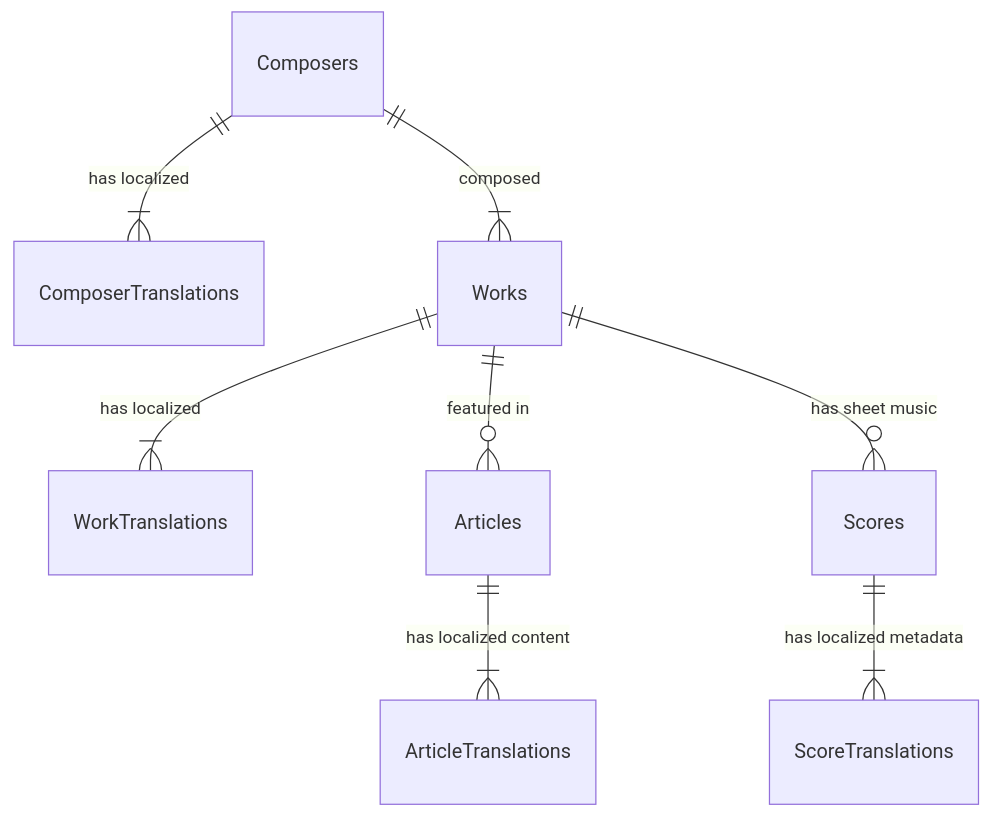
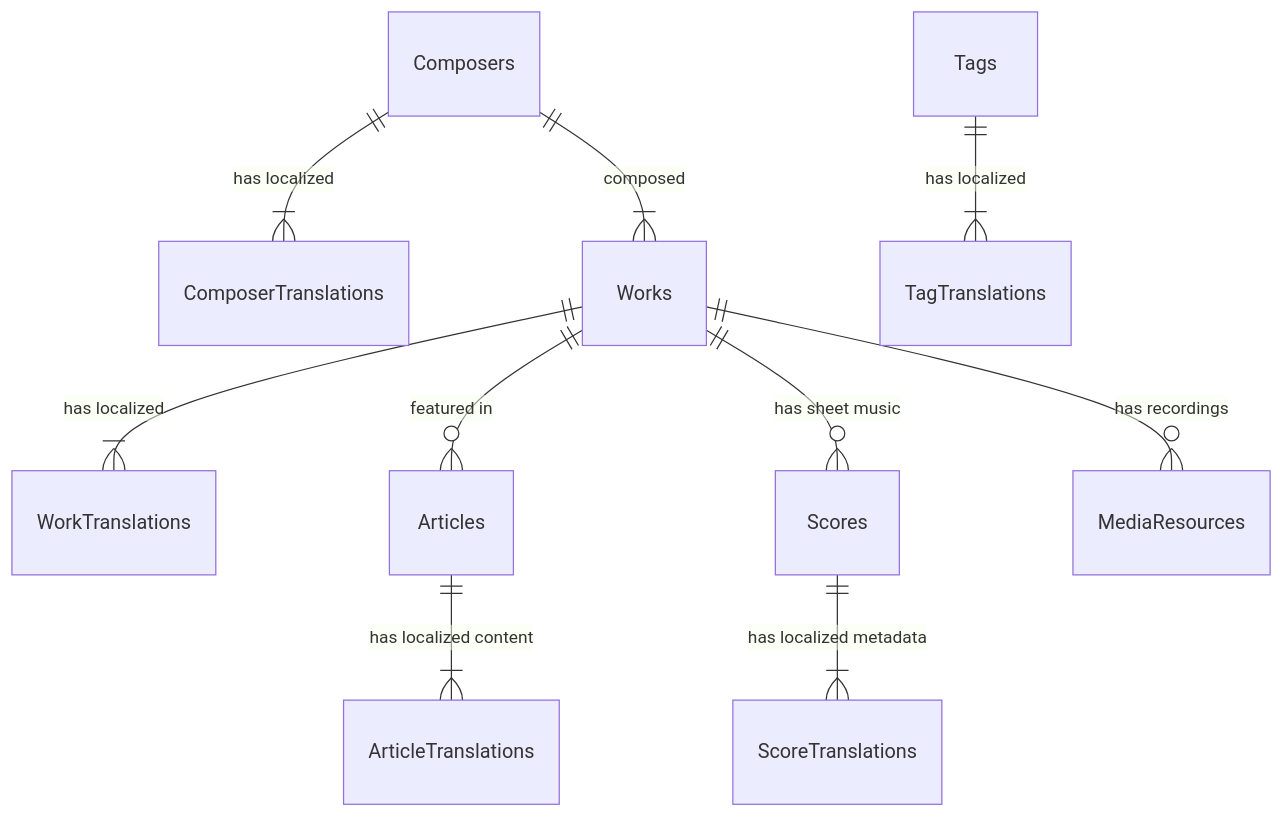
One commit to preludio-lab/preludio-lab changed the diagram in docs/05_design/database-schema.md. Above: the diagram before and after it, drawn with Mermaid.

Commit message:
docs: ER図にMediaResourcesとTagsを追加

````diff
--- a/docs/05_design/database-schema.md
+++ b/docs/05_design/database-schema.md
@@ -27,15 +27,19 @@
 ```mermaid
 erDiagram
     %% Masters (Reference)
     Composers ||--|{ ComposerTranslations : "has localized"
     Composers ||--|{ Works : "composed"
     Works ||--|{ WorkTranslations : "has localized"
     
     %% Application Core (Zero-JOIN)
     Works ||--o{ Articles : "featured in"
     Articles ||--|{ ArticleTranslations : "has localized content"
     
     %% Shared Assets
     Works ||--o{ Scores : "has sheet music"
     Scores ||--|{ ScoreTranslations : "has localized metadata"
+    Works ||--o{ MediaResources : "has recordings"
+
+    %% Taxonomy
+    Tags ||--|{ TagTranslations : "has localized"
 ```
````
